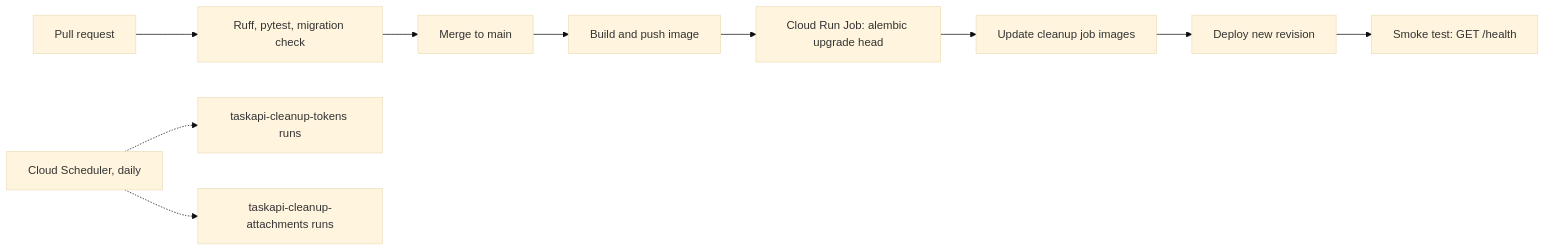
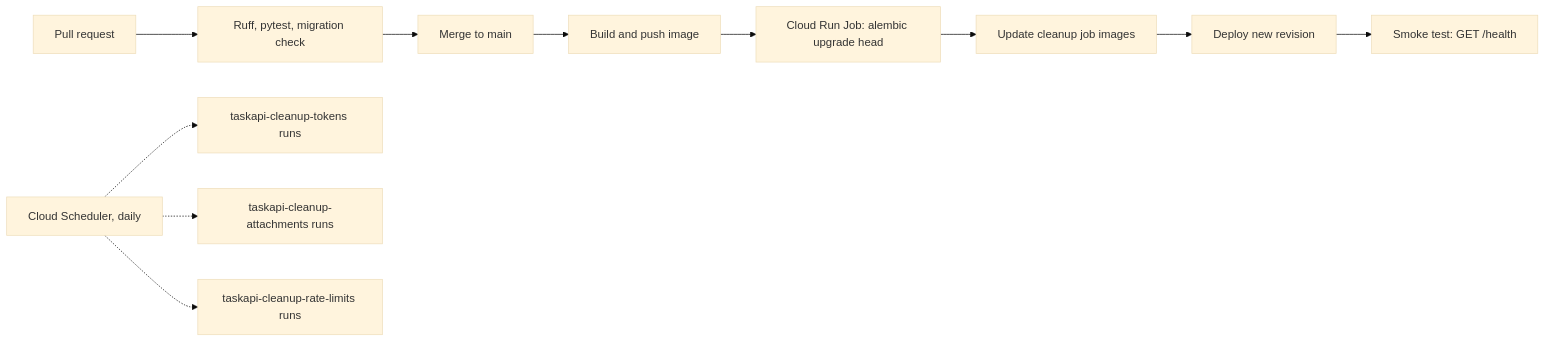
One commit to apogano/taskapi changed the diagram in README.md. Above: the diagram before and after it, drawn with Mermaid (base theme). The commit also changed other lines of this file, not shown here.

````diff
--- a/README.md
+++ b/README.md
@@ -254,12 +266,13 @@
 ```mermaid
 flowchart LR
     PR["Pull request"] --> CI["Ruff, pytest, migration check"]
     CI --> Merge["Merge to main"]
     Merge --> Build["Build and push image"]
     Build --> Migrate["Cloud Run Job: alembic upgrade head"]
     Migrate --> Cleanup["Update cleanup job images"]
     Cleanup --> Deploy["Deploy new revision"]
     Deploy --> Smoke["Smoke test: GET /health"]
     Scheduler["Cloud Scheduler, daily"] -.-> CleanupTokens["taskapi-cleanup-tokens runs"]
     Scheduler -.-> CleanupAttachments["taskapi-cleanup-attachments runs"]
+    Scheduler -.-> CleanupRateLimits["taskapi-cleanup-rate-limits runs"]
 ```
````
